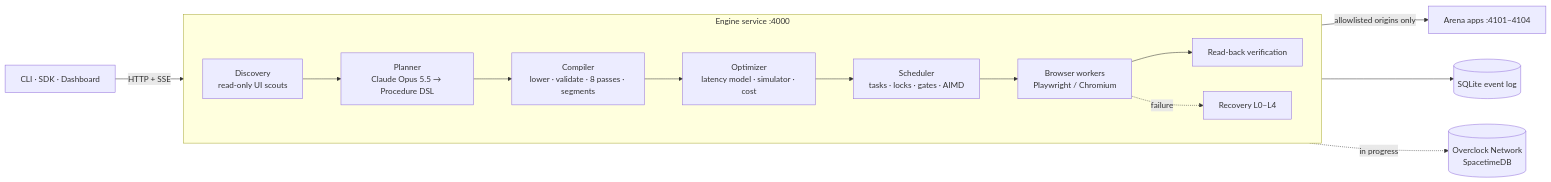
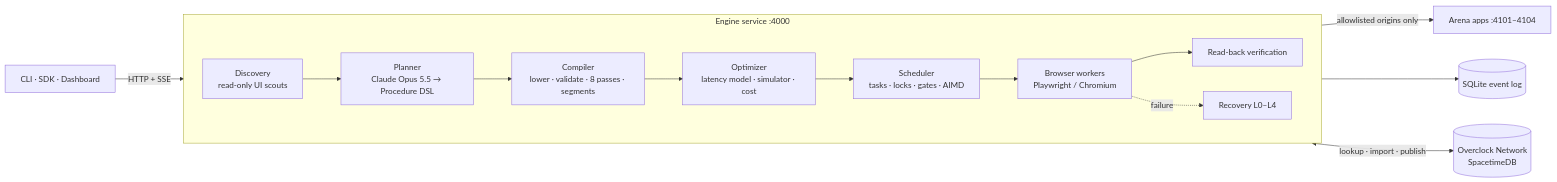
Before and after one commit to NoelSason/Overclock: the diagram in README.md, drawn with Mermaid. The commit also changed other lines of this file and 70 other files, not shown here.

````diff
--- a/README.md
+++ b/README.md
@@ -88,17 +90,17 @@
 ```mermaid
 flowchart LR
   user["CLI · SDK · Dashboard"] -->|"HTTP + SSE"| engine
   subgraph engine["Engine service :4000"]
     direction LR
     disc["Discovery<br/>read-only UI scouts"] --> plan["Planner<br/>Claude Opus 5.5 → Procedure DSL"]
     plan --> comp["Compiler<br/>lower · validate · 8 passes · segments"]
     comp --> opt["Optimizer<br/>latency model · simulator · cost"]
     opt --> sched["Scheduler<br/>tasks · locks · gates · AIMD"]
     sched --> work["Browser workers<br/>Playwright / Chromium"]
     work --> verify["Read-back verification"]
     work -.->|"failure"| rec["Recovery L0–L4"]
   end
   work -->|"allowlisted origins only"| apps["Arena apps :4101–4104"]
   engine --> db[("SQLite event log")]
-  engine -.->|"in progress"| net[("Overclock Network<br/>SpacetimeDB")]
+  engine <-->|"lookup · import · publish"| net[("Overclock Network<br/>SpacetimeDB")]
 ```
````
